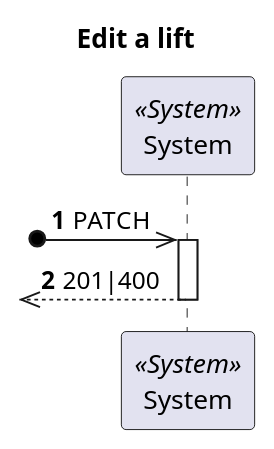
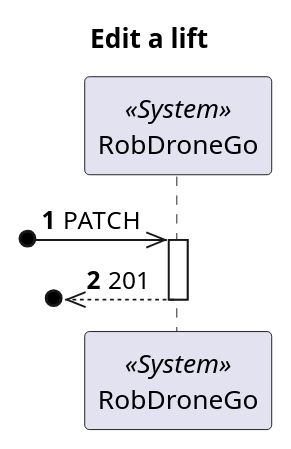
The diagram in docs/Vista Processo/US280/ProcessView_Level1_US280.puml (1210910/lapr5), drawn with PlantUML before and after one commit. The commit also changed 4 other files, not shown here.

```diff
--- a/docs/Vista Processo/US280/ProcessView_Level1_US280.puml
+++ b/docs/Vista Processo/US280/ProcessView_Level1_US280.puml
@@ -1,17 +1,17 @@
 @startuml
 'https://plantuml.com/sequence-diagram
 
 autonumber
 skinparam packageStyle rect
 
 title Edit a lift
 
-participant "System" as Sys <<System>>
+participant "RobDroneGo" as Sys <<System>>
 
 ?o->> Sys : PATCH
 
 activate Sys
-?o<<--- Sys : 201|400
+?o<<--- Sys : 201
 deactivate Sys
 
 @enduml
```
